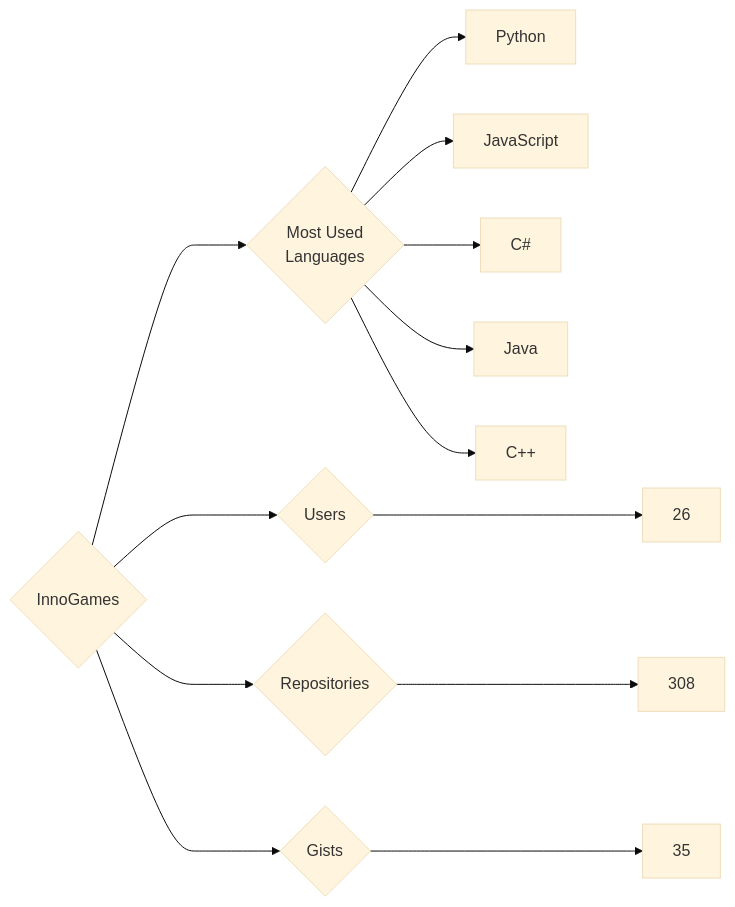
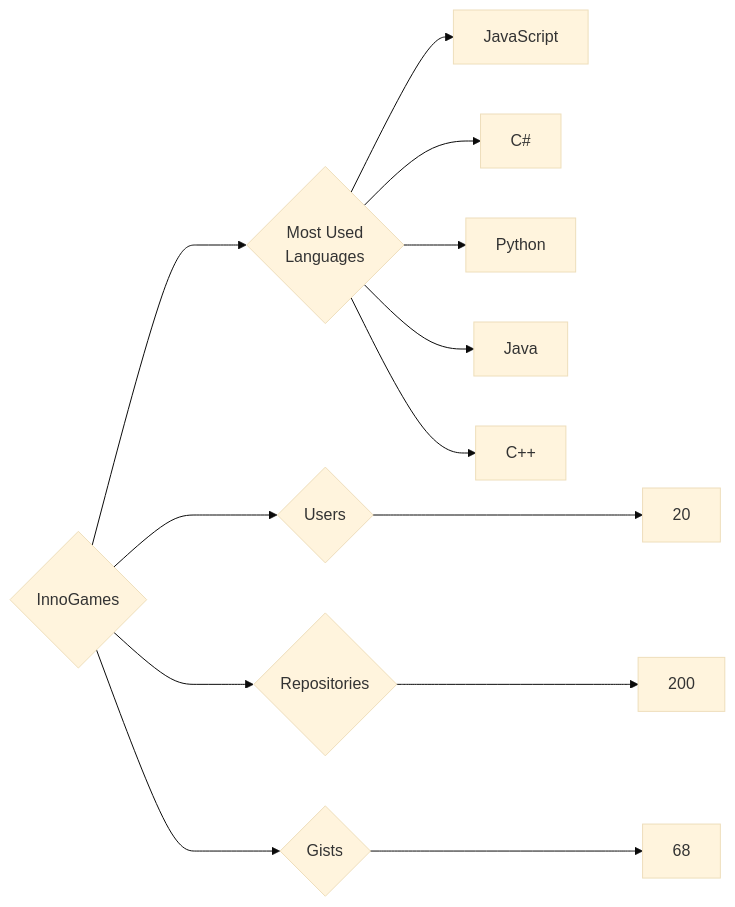
Before and after one commit to trickest/insiders: the diagram in targets/InnoGames/README.md, drawn with Mermaid (base theme). The commit also changed 1084 other files, not shown here.

````diff
--- a/targets/InnoGames/README.md
+++ b/targets/InnoGames/README.md
@@ -3,13 +3,13 @@
 ```mermaid
 graph LR
 COMPANY_NAME{InnoGames}
-COMPANY_NAME ---> U{Users} ---> UN[26]
-COMPANY_NAME ---> R{Repositories} ---> RN[308]
-COMPANY_NAME ---> G{Gists} ---> GN[35]
+COMPANY_NAME ---> U{Users} ---> UN[20]
+COMPANY_NAME ---> R{Repositories} ---> RN[200]
+COMPANY_NAME ---> G{Gists} ---> GN[68]
 COMPANY_NAME ---> ML{Most Used<br>Languages}
-ML --> Python[Python]
 ML --> JavaScript[JavaScript]
 ML --> C#[C#]
+ML --> Python[Python]
 ML --> Java[Java]
 ML --> C++[C++]
 ```
````
